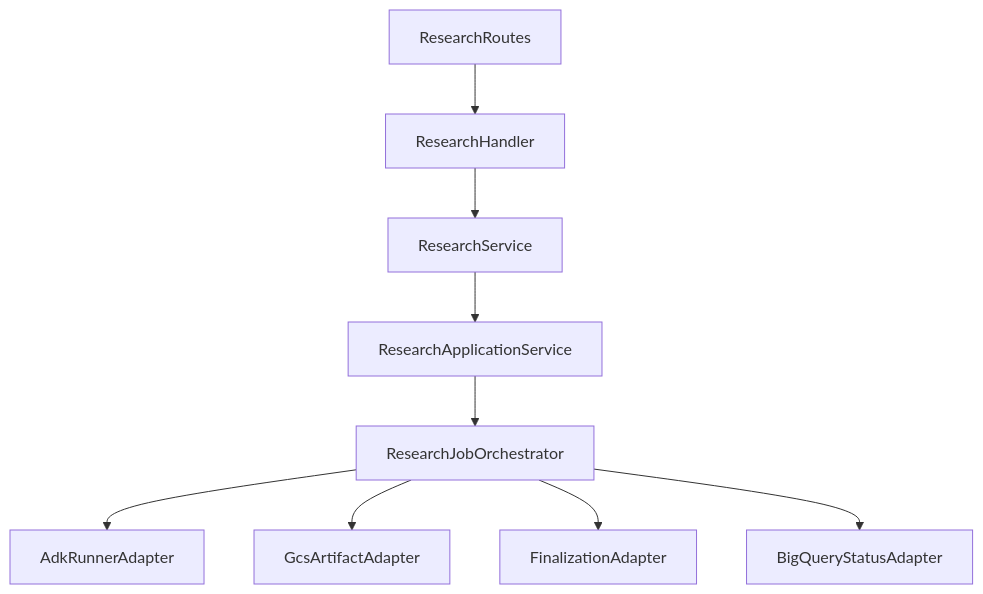
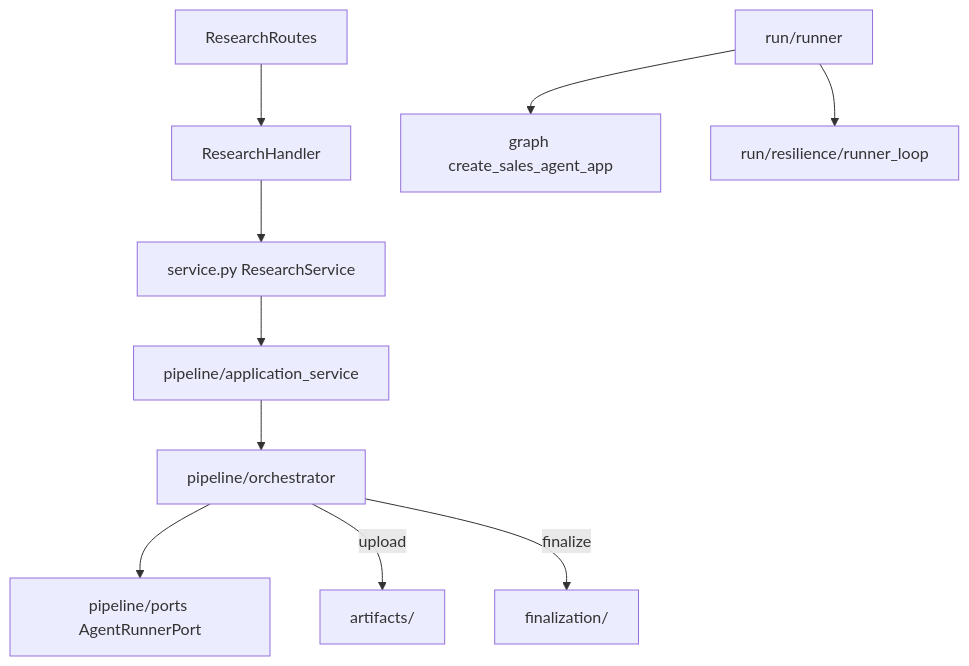
One commit to upjabir-prodapt/salesagent changed the diagram in src/services/research/README.md. Above: the diagram before and after it, drawn with Mermaid. The commit also changed other lines of this file and 179 other files, not shown here.

````diff
--- a/src/services/research/README.md
+++ b/src/services/research/README.md
@@ -7,11 +7,12 @@
 ```mermaid
 flowchart TD
     apiRoute[ResearchRoutes] --> handler[ResearchHandler]
-    handler --> service[ResearchService]
-    service --> appLayer[ResearchApplicationService]
-    appLayer --> orchestrator[ResearchJobOrchestrator]
-    orchestrator --> runner[AdkRunnerAdapter]
-    orchestrator --> artifacts[GcsArtifactAdapter]
-    orchestrator --> finalize[FinalizationAdapter]
-    orchestrator --> statusRepo[BigQueryStatusAdapter]
+    handler --> service[service.py ResearchService]
+    service --> pipeApp[pipeline/application_service]
+    pipeApp --> orch[pipeline/orchestrator]
+    orch --> runPort[pipeline/ports AgentRunnerPort]
+    runSvc[run/runner] --> graphApp[graph create_sales_agent_app]
+    runSvc --> resilience[run/resilience/runner_loop]
+    orch -->|"upload"| artifacts[artifacts/]
+    orch -->|"finalize"| finalization[finalization/]
 ```
````
